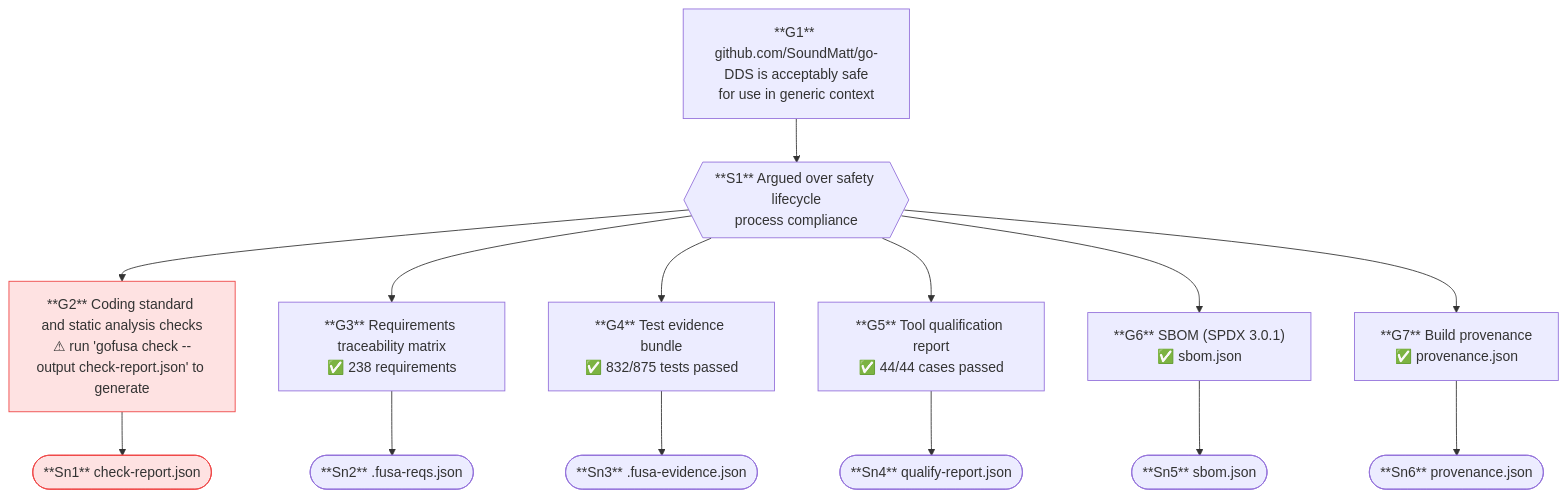
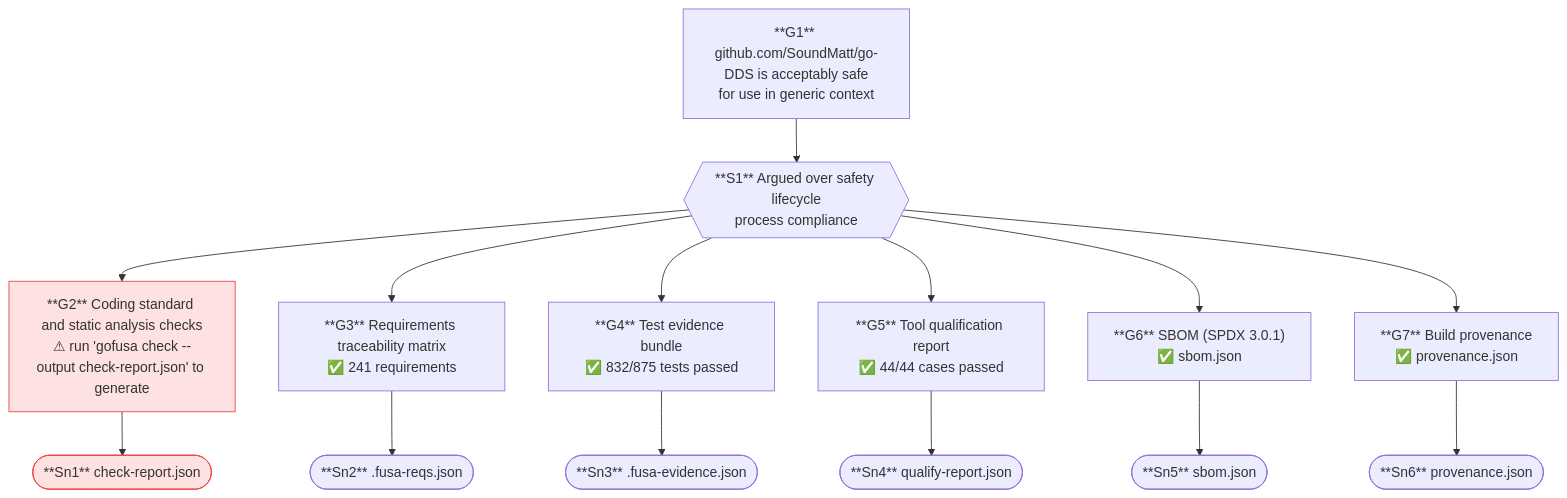
Before and after one commit to SoundMatt/go-DDS: the diagram in safety-case.mermaid, drawn with Mermaid. The commit also changed 17 other files, not shown here.

```diff
--- a/safety-case.mermaid
+++ b/safety-case.mermaid
@@ -1,30 +1,30 @@
 flowchart TD
     G1["**G1** github.com/SoundMatt/go-DDS is acceptably safe\nfor use in generic context"]
     S1{{"**S1** Argued over safety lifecycle\nprocess compliance"}}
     G2["**G2** Coding standard and static analysis checks\n⚠ run 'gofusa check --output check-report.json' to generate"]
     Sn1(["**Sn1** check-report.json"])
-    G3["**G3** Requirements traceability matrix\n✅ 238 requirements"]
+    G3["**G3** Requirements traceability matrix\n✅ 241 requirements"]
     Sn2(["**Sn2** .fusa-reqs.json"])
     G4["**G4** Test evidence bundle\n✅ 832/875 tests passed"]
     Sn3(["**Sn3** .fusa-evidence.json"])
     G5["**G5** Tool qualification report\n✅ 44/44 cases passed"]
     Sn4(["**Sn4** qualify-report.json"])
     G6["**G6** SBOM (SPDX 3.0.1)\n✅ sbom.json"]
     Sn5(["**Sn5** sbom.json"])
     G7["**G7** Build provenance\n✅ provenance.json"]
     Sn6(["**Sn6** provenance.json"])
     G1 --> S1
     S1 --> G2
     S1 --> G3
     S1 --> G4
     S1 --> G5
     S1 --> G6
     S1 --> G7
     G2 --> Sn1
     G3 --> Sn2
     G4 --> Sn3
     G5 --> Sn4
     G6 --> Sn5
     G7 --> Sn6
     style G2 fill:#fee2e2,stroke:#ef4444
     style Sn1 fill:#fee2e2,stroke:#ef4444
```
